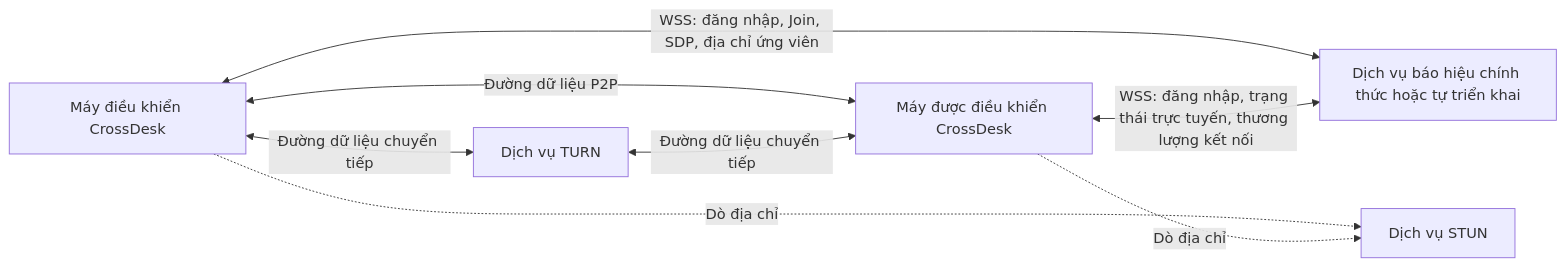
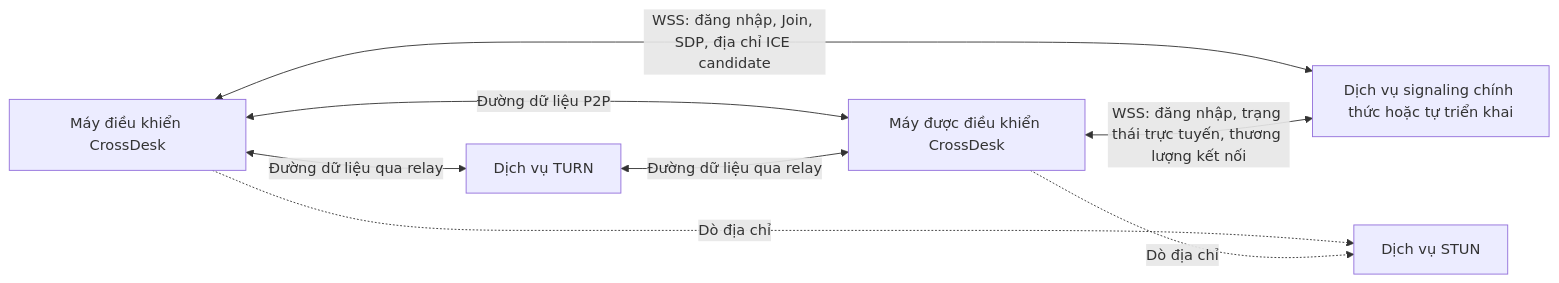
One commit to thuongtin/crossdesk changed the first of 5 diagrams in docs/connection-architecture.md. Above: the diagram before and after it, drawn with Mermaid. The commit also changed other lines of this file and 40 other files, not shown here.

````diff
--- a/docs/connection-architecture.md
+++ b/docs/connection-architecture.md
@@ -34,10 +34,10 @@
 ```mermaid
 flowchart LR
-    C["Máy điều khiển CrossDesk"] <-->|"WSS: đăng nhập, Join, SDP, địa chỉ ứng viên"| S["Dịch vụ báo hiệu chính thức hoặc tự triển khai"]
+    C["Máy điều khiển CrossDesk"] <-->|"WSS: đăng nhập, Join, SDP, địa chỉ ICE candidate"| S["Dịch vụ signaling chính thức hoặc tự triển khai"]
     H["Máy được điều khiển CrossDesk"] <-->|"WSS: đăng nhập, trạng thái trực tuyến, thương lượng kết nối"| S
     C -.->|"Dò địa chỉ"| U["Dịch vụ STUN"]
     H -.->|"Dò địa chỉ"| U
     C <-->|"Đường dữ liệu P2P"| H
-    C <-->|"Đường dữ liệu chuyển tiếp"| T["Dịch vụ TURN"]
-    T <-->|"Đường dữ liệu chuyển tiếp"| H
+    C <-->|"Đường dữ liệu qua relay"| T["Dịch vụ TURN"]
+    T <-->|"Đường dữ liệu qua relay"| H
 ```
````
